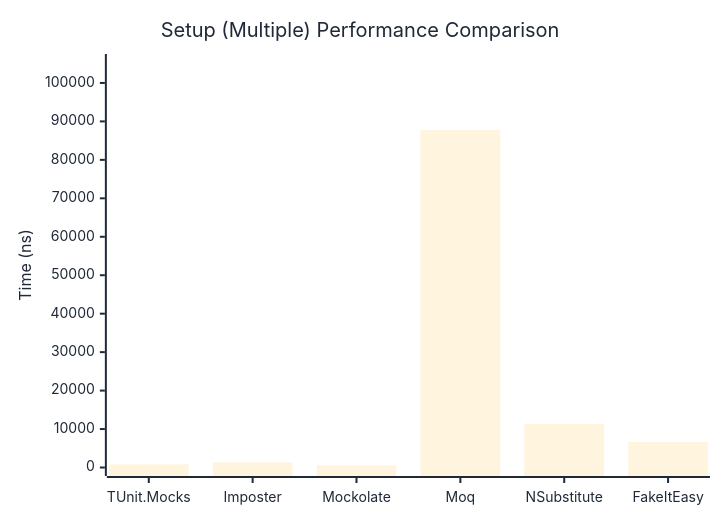
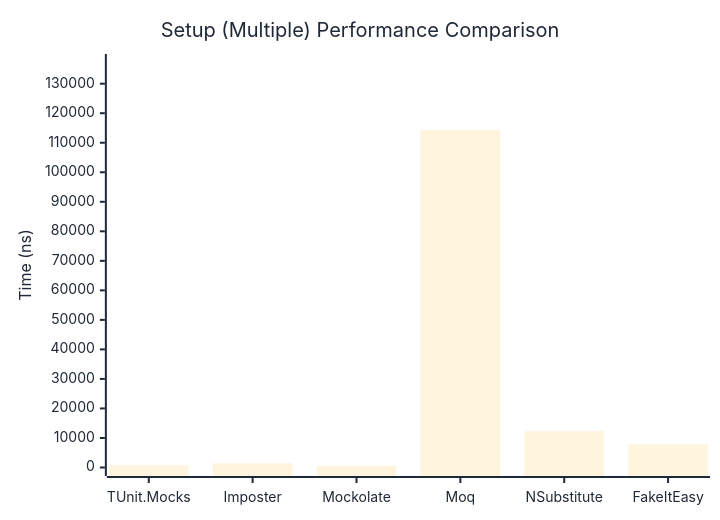
One commit to thomhurst/TUnit changed the second of 2 diagrams in docs/docs/benchmarks/mocks/Setup.md. Above: the diagram before and after it, drawn with Mermaid. The commit also changed other lines of this file and 14 other files, not shown here.

````diff
--- a/docs/docs/benchmarks/mocks/Setup.md
+++ b/docs/docs/benchmarks/mocks/Setup.md
@@ -71,27 +71,27 @@
 ```mermaid
 %%{init: {
   'theme':'base',
   'themeVariables': {
     'primaryColor': '#2563eb',
     'primaryTextColor': '#1f2937',
     'primaryBorderColor': '#1e40af',
     'lineColor': '#6b7280',
     'secondaryColor': '#7c3aed',
     'tertiaryColor': '#dc2626',
     'background': '#ffffff',
     'pie1': '#2563eb',
     'pie2': '#7c3aed',
     'pie3': '#dc2626',
     'pie4': '#f59e0b',
     'pie5': '#10b981',
     'pie6': '#06b6d4',
     'pie7': '#ec4899',
     'pie8': '#6366f1'
   }
 }}%%
 xychart-beta
   title "Setup (Multiple) Performance Comparison"
   x-axis ["TUnit.Mocks", "Imposter", "Mockolate", "Moq", "NSubstitute", "FakeItEasy"]
-  y-axis "Time (ns)" 0 --> 105317
-  bar [818.8, 1335.3, 557.8, 87763.4, 11340.9, 6621.3]
+  y-axis "Time (ns)" 0 --> 137176
+  bar [774, 1444, 548.7, 114312.6, 12314.6, 7900.2]
 ```
````
